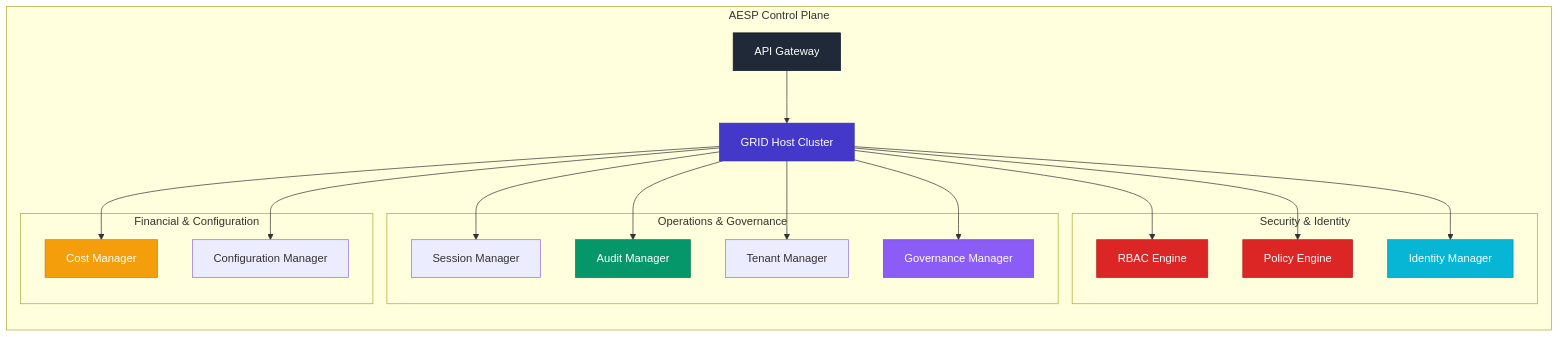
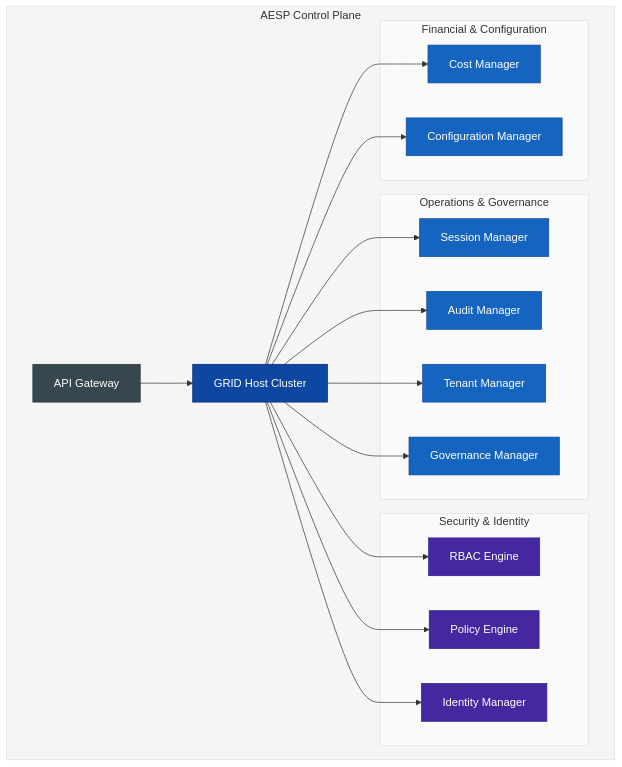
Before and after one commit to nshkrdotcom/ALTAR: the diagram in specs/03-grid-protocol/aesp.md, drawn with Mermaid. The commit also changed 1 other file, not shown here.

Commit message:
mermaid styles

````diff
--- a/specs/03-grid-protocol/aesp.md
+++ b/specs/03-grid-protocol/aesp.md
@@ -27,38 +27,53 @@
 ```mermaid
 graph TB
-    subgraph "AESP Control Plane"
-        direction TB
+    subgraph ACP["AESP Control Plane"]
         GATEWAY[API Gateway]
         HOST[GRID Host Cluster]
         
-        subgraph "Security & Identity"
+        subgraph SI["Security & Identity"]
             RBAC[RBAC Engine]
             IM[Identity Manager]
             PE[Policy Engine]
         end
         
-        subgraph "Operations & Governance"
+        subgraph OG["Operations & Governance"]
             SM[Session Manager]
             TM[Tenant Manager]
             AM[Audit Manager]
             GM[Governance Manager]
         end
         
-        subgraph "Financial & Configuration"
+        subgraph FC["Financial & Configuration"]
             CM[Cost Manager]
             CONFIG[Configuration Manager]
         end
         
         GATEWAY --> HOST
         HOST --> SM & RBAC & PE & AM & TM & CM & GM & IM & CONFIG
     end
     
-    style GATEWAY fill:#1f2937,stroke:#111827,color:#ffffff
-    style HOST fill:#4338ca,stroke:#3730a3,color:#ffffff
-    style RBAC fill:#dc2626,stroke:#b91c1c,color:#ffffff
-    style IM fill:#06b6d4,stroke:#0891b2,color:#ffffff
-    style PE fill:#dc2626,stroke:#b91c1c,color:#ffffff
-    style AM fill:#059669,stroke:#047857,color:#ffffff
-    style GM fill:#8b5cf6,stroke:#7c3aed,color:#ffffff
-    style CM fill:#f59e0b,stroke:#d97706,color:#ffffff
+    %% --- Professional Color Scheme ---
+
+    %% Main Control Plane Nodes
+    style GATEWAY fill:#37474f,stroke:#263238,color:#ffffff
+    style HOST fill:#0d47a1,stroke:#002171,color:#ffffff
+    
+    %% Security & Identity Components (Purple Accent)
+    style RBAC fill:#4527a0,stroke:#311b92,color:#ffffff
+    style IM fill:#4527a0,stroke:#311b92,color:#ffffff
+    style PE fill:#4527a0,stroke:#311b92,color:#ffffff
+
+    %% Operations, Governance, Financial & Config Components (Secondary Blue)
+    style SM fill:#1565c0,stroke:#0d47a1,color:#ffffff
+    style TM fill:#1565c0,stroke:#0d47a1,color:#ffffff
+    style AM fill:#1565c0,stroke:#0d47a1,color:#ffffff
+    style GM fill:#1565c0,stroke:#0d47a1,color:#ffffff
+    style CM fill:#1565c0,stroke:#0d47a1,color:#ffffff
+    style CONFIG fill:#1565c0,stroke:#0d47a1,color:#ffffff
+
+    %% Backgrounds & Containers
+    style ACP fill:#f5f5f5,stroke:#e0e0e0
+    style SI fill:#fafafa,stroke:#e0e0e0
+    style OG fill:#fafafa,stroke:#e0e0e0
+    style FC fill:#fafafa,stroke:#e0e0e0
 ```
````
